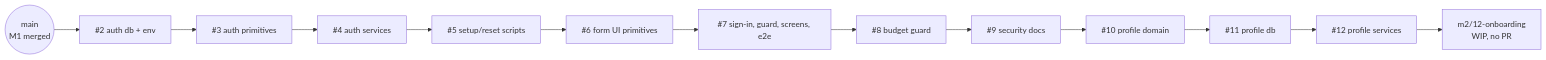
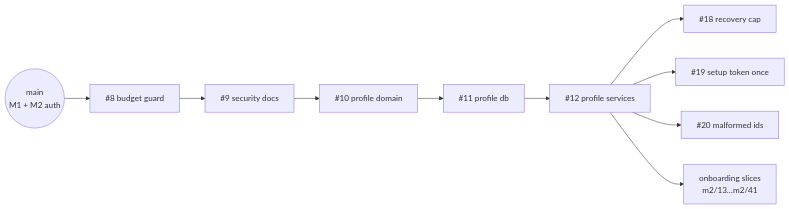
The diagram in docs/handoff/HANDOFF.md (TheCruzControll/performance-coach), drawn with Mermaid before and after one commit. The commit also changed other lines of this file and 4 other files, not shown here.

````diff
--- a/docs/handoff/HANDOFF.md
+++ b/docs/handoff/HANDOFF.md
@@ -18,15 +27,12 @@
 ```mermaid
 flowchart LR
-  main((main<br/>M1 merged)) --> p2[#2 auth db + env]
-  p2 --> p3[#3 auth primitives]
-  p3 --> p4[#4 auth services]
-  p4 --> p5[#5 setup/reset scripts]
-  p5 --> p6[#6 form UI primitives]
-  p6 --> p7[#7 sign-in, guard, screens, e2e]
-  p7 --> p8[#8 budget guard]
+  main((main<br/>M1 + M2 auth)) --> p8[#8 budget guard]
   p8 --> p9[#9 security docs]
   p9 --> p10[#10 profile domain]
   p10 --> p11[#11 profile db]
   p11 --> p12[#12 profile services]
-  p12 --> wip[m2/12-onboarding<br/>WIP, no PR]
+  p12 --> f18[#18 recovery cap]
+  p12 --> f19[#19 setup token once]
+  p12 --> f20[#20 malformed ids]
+  p12 --> onb[onboarding slices<br/>m2/13…m2/41]
 ```
````
